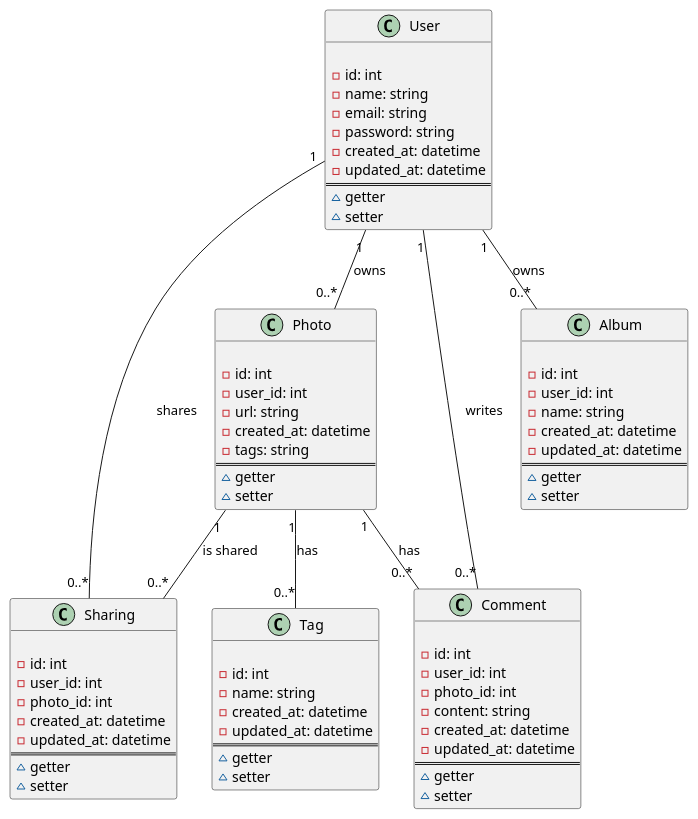
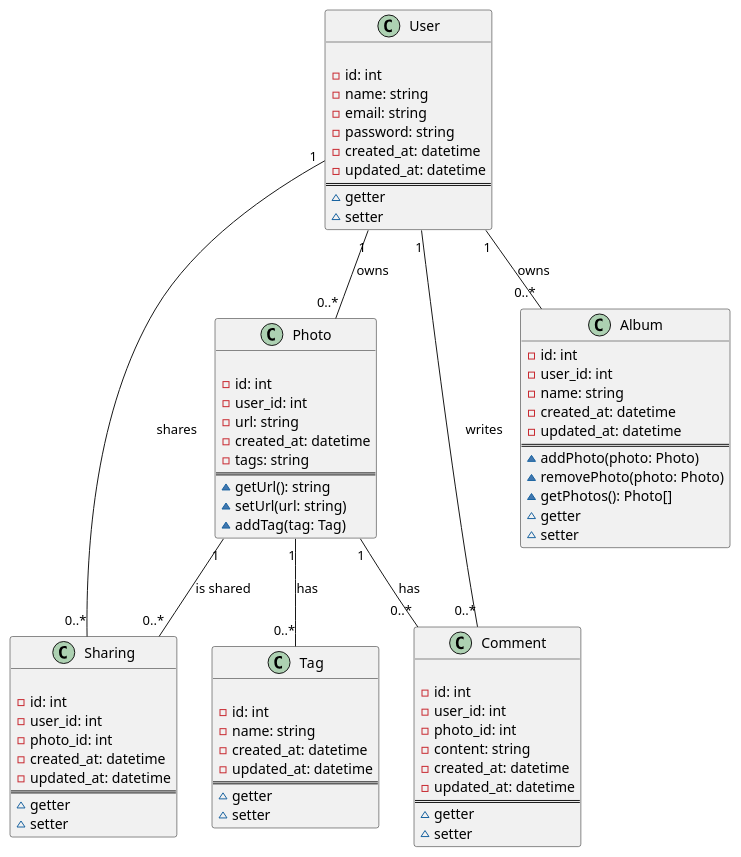
The diagram in diagrams/Entities.puml (ronan-develop/home-cloud), drawn with PlantUML before and after one commit. The commit also changed 22 other files, not shown here.

```diff
--- a/diagrams/Entities.puml
+++ b/diagrams/Entities.puml
@@ -1,84 +1,87 @@
 @startuml entities
 
 class User {
 
     - id: int
     - name: string
     - email: string
     - password: string
     - created_at: datetime
     - updated_at: datetime
 ==
     ~ getter
     ~ setter
 }
 
 class Photo {
 
     - id: int
     - user_id: int
     - url: string
     - created_at: datetime
     - tags: string
 ==
-    ~ getter
-    ~ setter
+    ~ getUrl(): string
+    ~ setUrl(url: string)
+    ~ addTag(tag: Tag)
 }
 
 class Album {
-
     - id: int
     - user_id: int
     - name: string
     - created_at: datetime
     - updated_at: datetime
 ==
+    ~ addPhoto(photo: Photo)
+    ~ removePhoto(photo: Photo)
+    ~ getPhotos(): Photo[]
     ~ getter
     ~ setter
 }
 
 class Tag {
 
     - id: int
     - name: string
     - created_at: datetime
     - updated_at: datetime
 ==
     ~ getter
     ~ setter
 }
 
 class Comment {
 
     - id: int
     - user_id: int
     - photo_id: int
     - content: string
     - created_at: datetime
     - updated_at: datetime
 ==
     ~ getter
     ~ setter
 }
 
 class Sharing {
 
     - id: int
     - user_id: int
     - photo_id: int
     - created_at: datetime
     - updated_at: datetime
 ==
     ~ getter
     ~ setter
 }
 
 User "1" -- "0..*" Photo : owns
 User "1" -- "0..*" Album : owns
 Photo "1" -- "0..*" Tag : has
 User "1" -- "0..*" Comment : writes
 Photo "1" -- "0..*" Comment : has
 User "1" -- "0..*" Sharing : shares
 Photo "1" -- "0..*" Sharing : is shared
 
 @enduml
```
